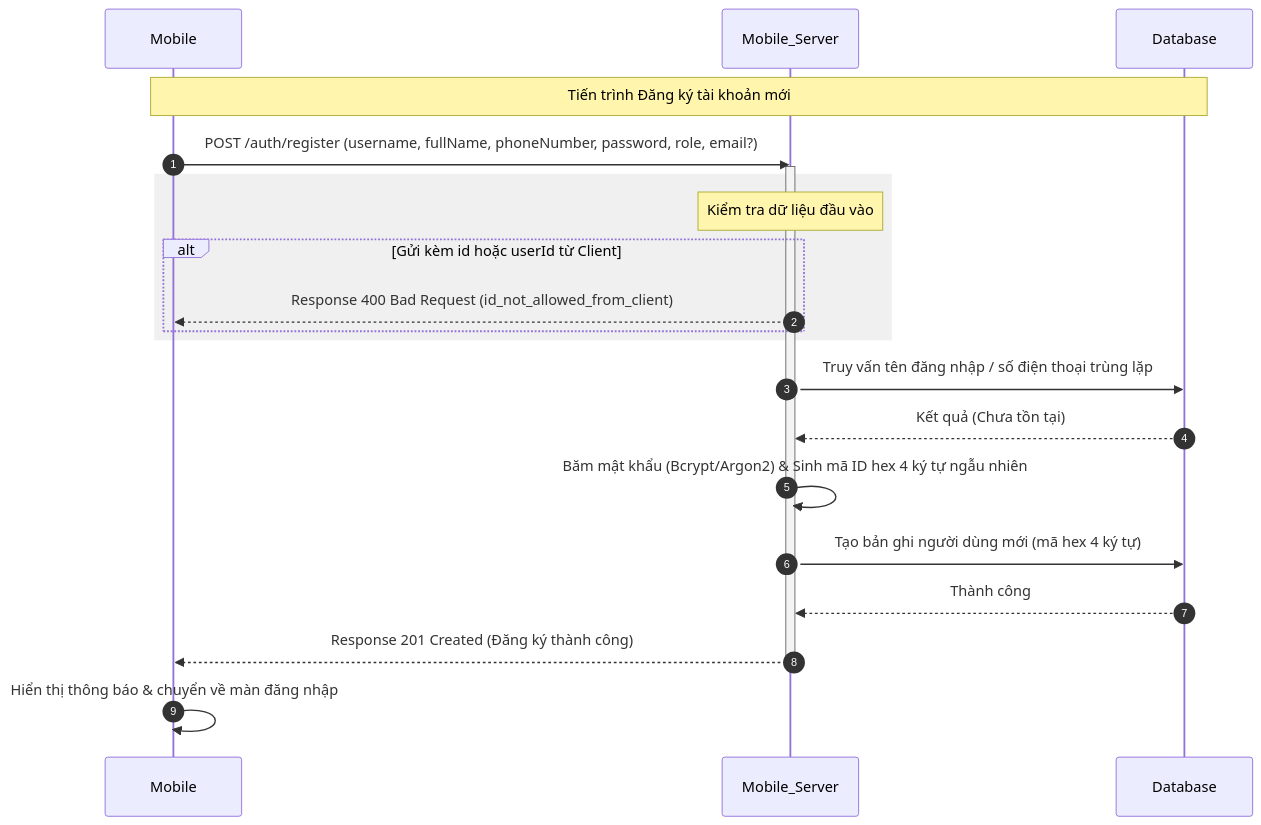
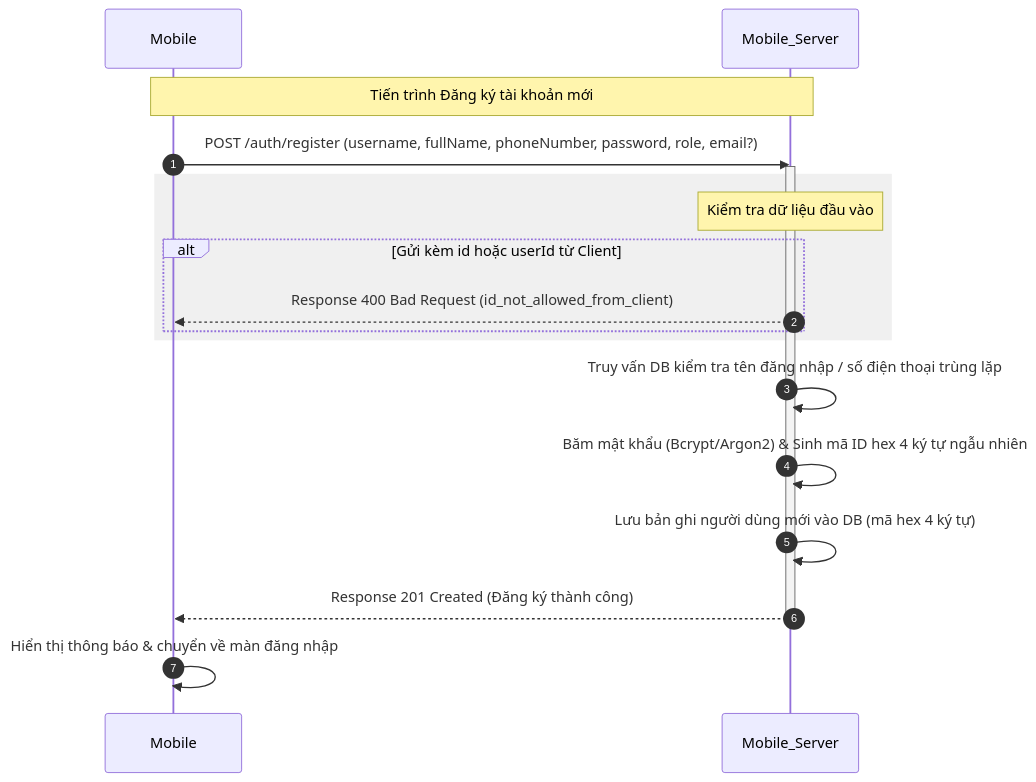
The second of 18 diagrams in docs/04-sequence-diagram.md (trungnguyenthien/Wildlife-Warning-and-Deterrence-System), drawn with Mermaid before and after one commit. The commit also changed other lines of this file, not shown here.

Commit message:
docs: update sequence diagram to reflect latest system flow refinements

````diff
--- a/docs/04-sequence-diagram.md
+++ b/docs/04-sequence-diagram.md
@@ -109,27 +108,24 @@
 ```mermaid
 sequenceDiagram
     autonumber
     participant Mobile as Mobile
     participant Mobile_Server as Mobile_Server
-    participant Database as Database
 
-    Note over Mobile, Database: Tiến trình Đăng ký tài khoản mới
+    Note over Mobile, Mobile_Server: Tiến trình Đăng ký tài khoản mới
     Mobile->>Mobile_Server: POST /auth/register (username, fullName, phoneNumber, password, role, email?)
     activate Mobile_Server
 
     rect rgb(240, 240, 240)
         Note over Mobile_Server: Kiểm tra dữ liệu đầu vào
         alt Gửi kèm id hoặc userId từ Client
             Mobile_Server-->>Mobile: Response 400 Bad Request (id_not_allowed_from_client)
         end
     end
 
-    Mobile_Server->>Database: Truy vấn tên đăng nhập / số điện thoại trùng lặp
-    Database-->>Mobile_Server: Kết quả (Chưa tồn tại)
+    Mobile_Server->>Mobile_Server: Truy vấn DB kiểm tra tên đăng nhập / số điện thoại trùng lặp
     Mobile_Server->>Mobile_Server: Băm mật khẩu (Bcrypt/Argon2) & Sinh mã ID hex 4 ký tự ngẫu nhiên
-    Mobile_Server->>Database: Tạo bản ghi người dùng mới (mã hex 4 ký tự)
-    Database-->>Mobile_Server: Thành công
+    Mobile_Server->>Mobile_Server: Lưu bản ghi người dùng mới vào DB (mã hex 4 ký tự)
     Mobile_Server-->>Mobile: Response 201 Created (Đăng ký thành công)
     deactivate Mobile_Server
     Mobile->>Mobile: Hiển thị thông báo & chuyển về màn đăng nhập
 ```
````
